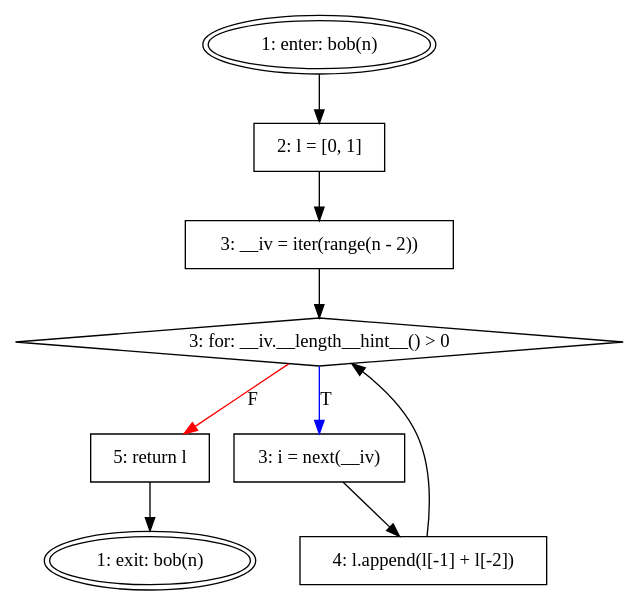
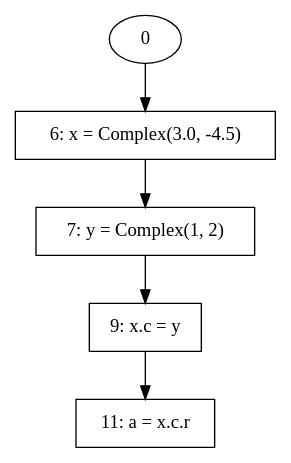
Before and after one commit to racerand/PyAnalysis: the diagram in main/Source.gv, drawn with Graphviz. The commit also changed 2 other files, not shown here.

```diff
--- a/main/Source.gv
+++ b/main/Source.gv
@@ -1,19 +1,11 @@
 // Control Flow Graph
 digraph {
-	1 [label="1: enter: bob(n)" peripheries=2 shape=oval]
-	2 [label="1: exit: bob(n)" peripheries=2 shape=oval]
-	8 -> 2
-	3 [label="2: l = [0, 1]" peripheries=1 shape=rectangle]
-	1 -> 3
-	4 [label="3: __iv = iter(range(n - 2))" peripheries=1 shape=rectangle]
+	1 [label="6: x = Complex(3.0, -4.5)" peripheries=1 shape=rectangle]
+	0 -> 1
+	2 [label="7: y = Complex(1, 2)" peripheries=1 shape=rectangle]
+	1 -> 2
+	3 [label="9: x.c = y" peripheries=1 shape=rectangle]
+	2 -> 3
+	4 [label="11: a = x.c.r" peripheries=1 shape=rectangle]
 	3 -> 4
-	5 [label="3: for: __iv.__length__hint__() > 0" peripheries=1 shape=diamond]
-	4 -> 5
-	7 -> 5
-	6 [label="3: i = next(__iv)" peripheries=1 shape=rectangle]
-	5 -> 6 [label=T color=blue]
-	7 [label="4: l.append(l[-1] + l[-2])" peripheries=1 shape=rectangle]
-	6 -> 7
-	8 [label="5: return l" peripheries=1 shape=rectangle]
-	5 -> 8 [label=F color=red]
 }
```
